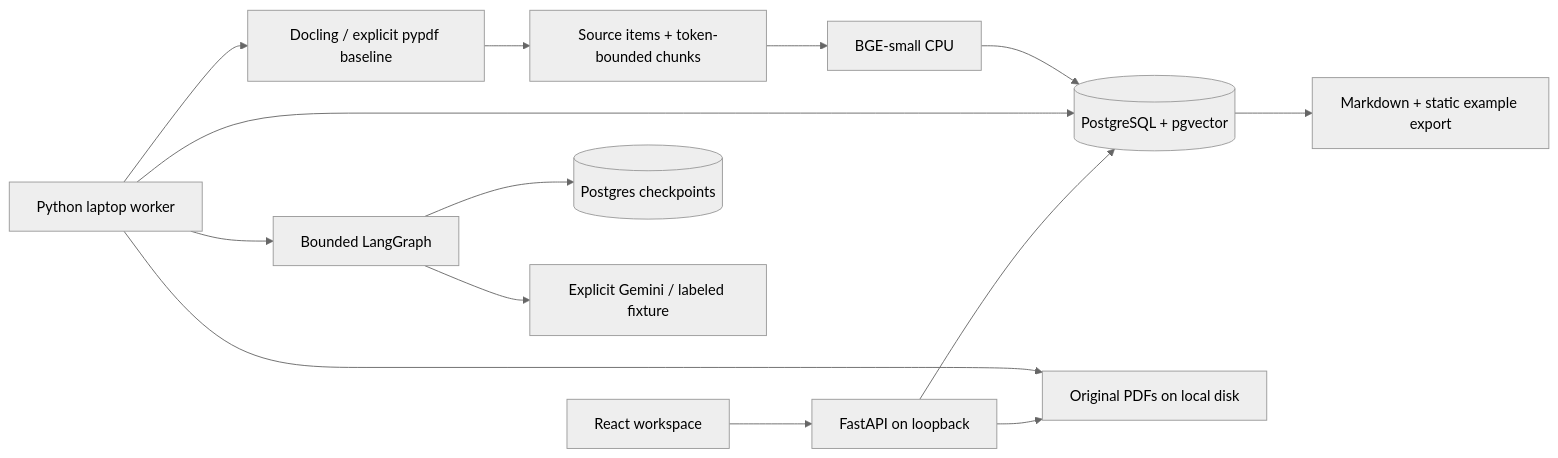
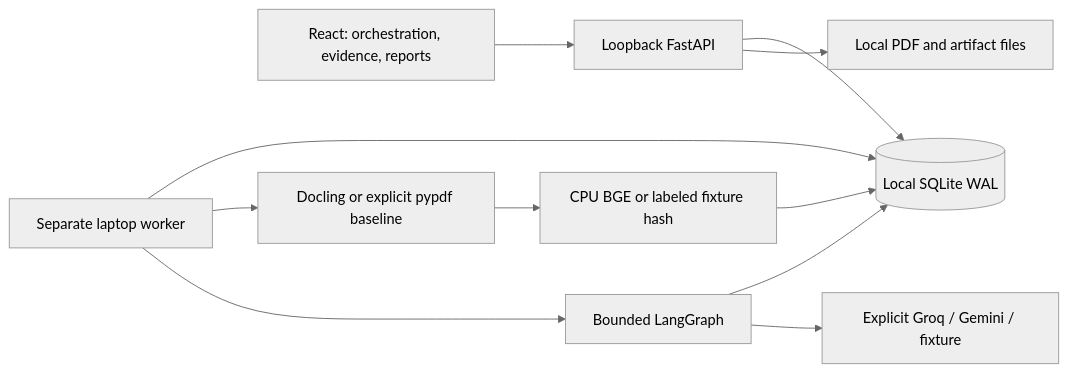
The diagram in docs/ARCHITECTURE.md (jeeth-kataria/Researcher), drawn with Mermaid (neutral theme) before and after one commit. The commit also changed other lines of this file and 57 other files, not shown here.

Commit message:
Switch local persistence to SQLite and make Groq the primary provider

````diff
--- a/docs/ARCHITECTURE.md
+++ b/docs/ARCHITECTURE.md
@@ -3,16 +6,13 @@
 ```mermaid
 flowchart LR
-  UI[React workspace] --> API[FastAPI on loopback]
-  API --> DB[(PostgreSQL + pgvector)]
-  API --> Files[Original PDFs on local disk]
-  Worker[Python laptop worker] --> DB
-  Worker --> Files
-  Worker --> Parser[Docling / explicit pypdf baseline]
-  Parser --> Chunks[Source items + token-bounded chunks]
-  Chunks --> BGE[BGE-small CPU]
-  BGE --> DB
+  UI[React: orchestration, evidence, reports] --> API[Loopback FastAPI]
+  API --> DB[(Local SQLite WAL)]
+  API --> Files[Local PDF and artifact files]
+  Worker[Separate laptop worker] --> DB
+  Worker --> Parse[Docling or explicit pypdf baseline]
+  Parse --> Embed[CPU BGE or labeled fixture hash]
+  Embed --> DB
   Worker --> Graph[Bounded LangGraph]
-  Graph --> Checkpoints[(Postgres checkpoints)]
-  Graph --> Provider[Explicit Gemini / labeled fixture]
-  DB --> Report[Markdown + static example export]
+  Graph --> DB
+  Graph --> LLM[Explicit Groq / Gemini / fixture]
 ```
````
